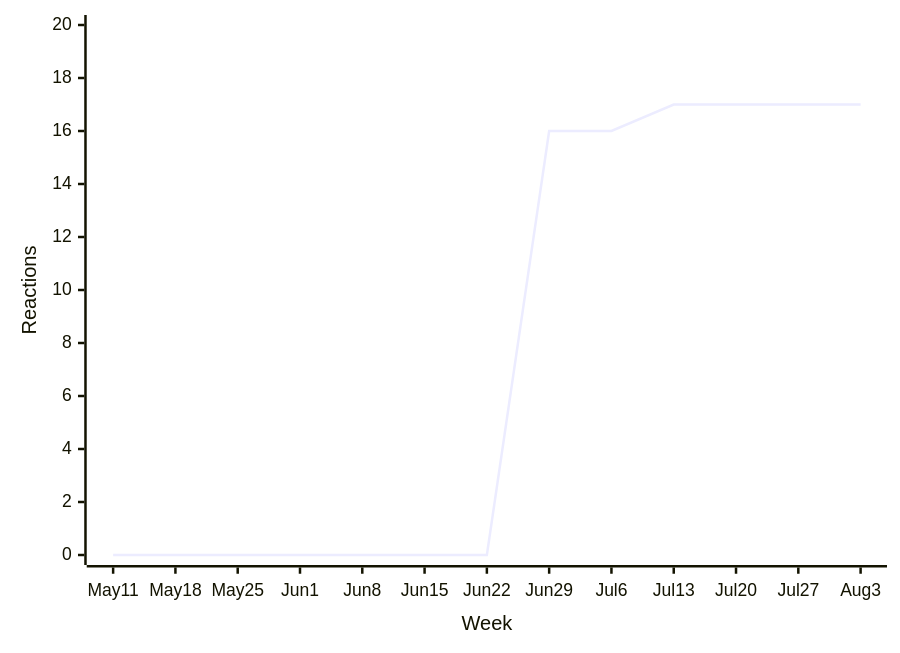
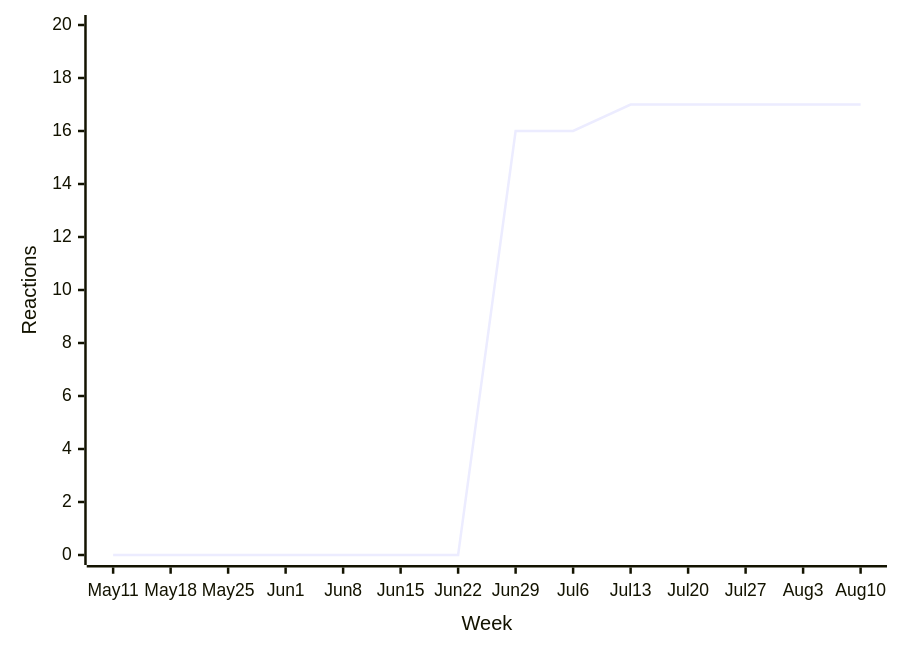
Before and after one commit to loic-sharma/github-insights: the ninth of 43 diagrams in README.md, drawn with Mermaid. The commit also changed other lines of this file and 3 other files, not shown here.

````diff
--- a/README.md
+++ b/README.md
@@ -475,6 +475,6 @@
   ```mermaid
   xychart-beta
-    x-axis "Week" [May 11, May 18, May 25, Jun 1, Jun 8, Jun 15, Jun 22, Jun 29, Jul 6, Jul 13, Jul 20, Jul 27, Aug 3]
+    x-axis "Week" [May 11, May 18, May 25, Jun 1, Jun 8, Jun 15, Jun 22, Jun 29, Jul 6, Jul 13, Jul 20, Jul 27, Aug 3, Aug 10]
     y-axis "Reactions" 0 --> 20
-    line [0, 0, 0, 0, 0, 0, 0, 16, 16, 17, 17, 17, 17]
+    line [0, 0, 0, 0, 0, 0, 0, 16, 16, 17, 17, 17, 17, 17]
   ```
````
